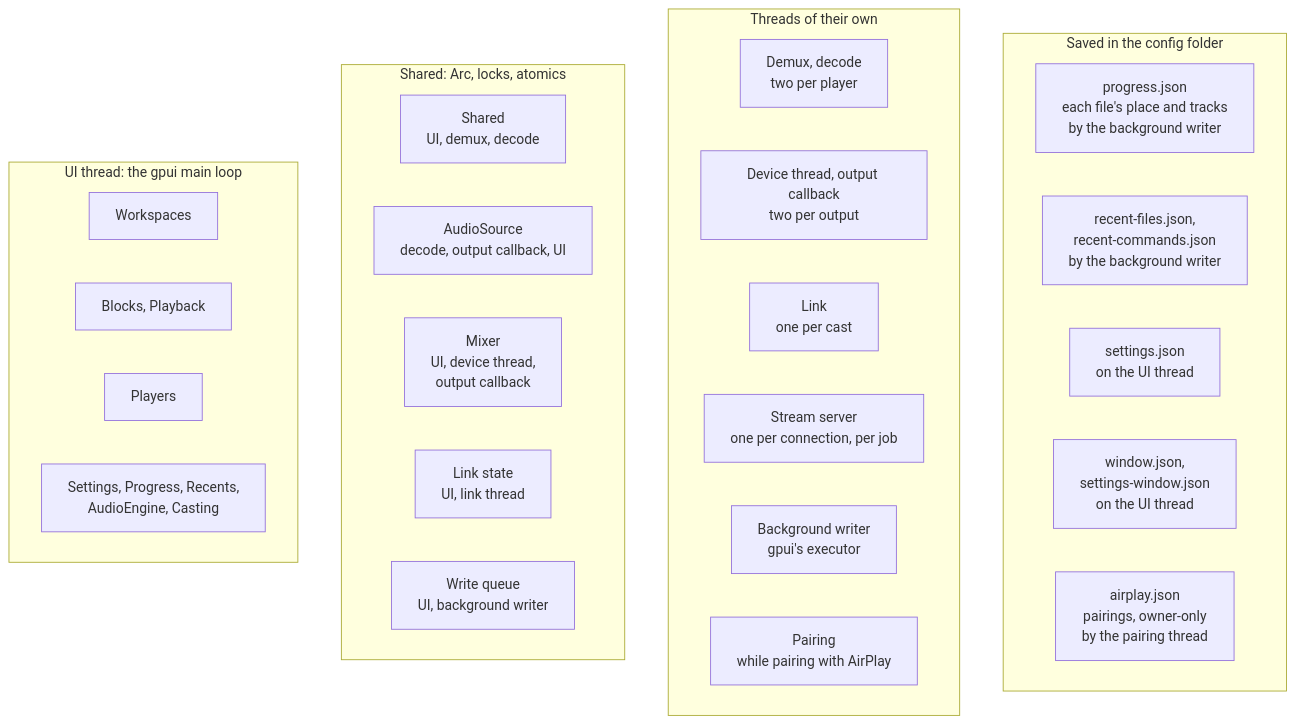
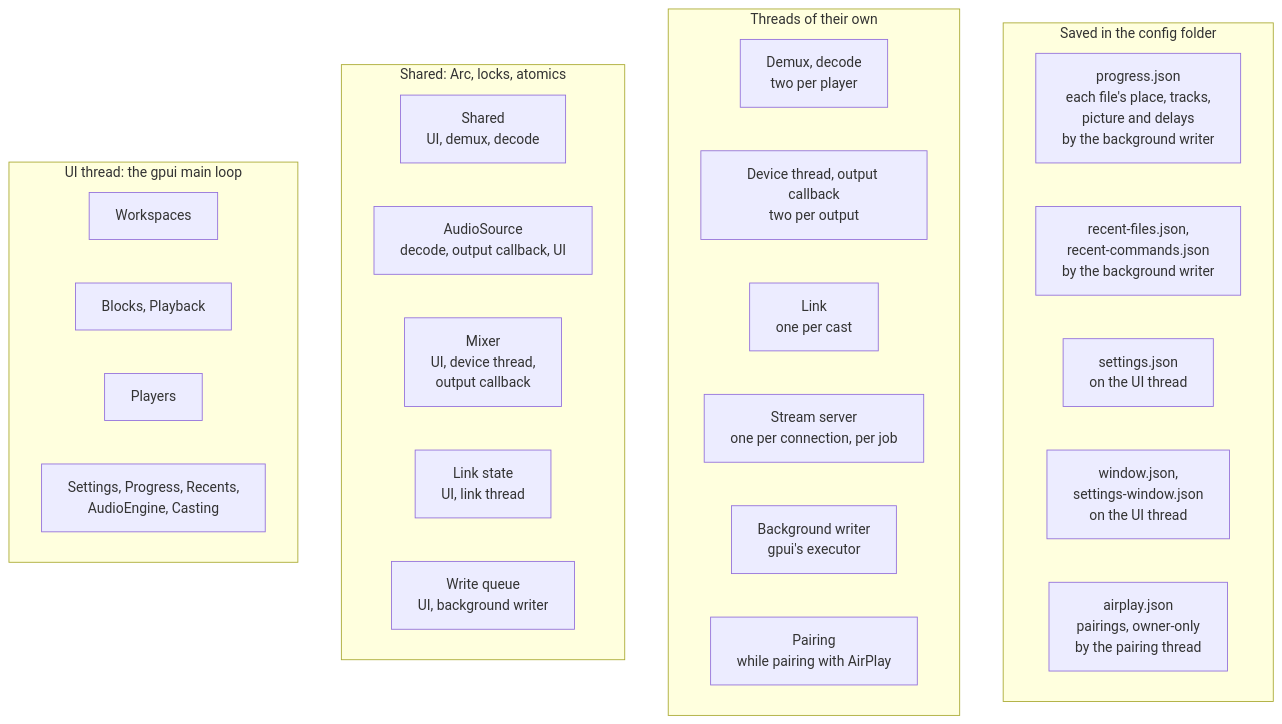
Before and after one commit to velocityzen/Plays: the sixth of 10 diagrams in ARCHITECTURE.md, drawn with Mermaid. The commit also changed other lines of this file and 9 other files, not shown here.

Commit message:
A file opened again is turned, mirrored, at the aspect ratio, cropped and delayed as it was left, kept with its place and tracks for 30 days in progress.json (the ratios by their menu names), whether it resumes where it was or starts over, in a block of its own or the same one (MM-504)

````diff
--- a/ARCHITECTURE.md
+++ b/ARCHITECTURE.md
@@ -431,40 +431,40 @@
 ```mermaid
 flowchart LR
     subgraph ui ["UI thread: the gpui main loop"]
         direction LR
         windows["Workspaces"]
         blocks["Blocks, Playback"]
         players["Players"]
         globals["Settings, Progress, Recents,<br/>AudioEngine, Casting"]
     end
 
     subgraph between ["Shared: Arc, locks, atomics"]
         direction LR
         shared["Shared<br/>UI, demux, decode"]
         source["AudioSource<br/>decode, output callback, UI"]
         mixer["Mixer<br/>UI, device thread,<br/>output callback"]
         linkstate["Link state<br/>UI, link thread"]
         queue["Write queue<br/>UI, background writer"]
     end
 
     subgraph own ["Threads of their own"]
         direction LR
         decoding["Demux, decode<br/>two per player"]
         output["Device thread, output callback<br/>two per output"]
         link["Link<br/>one per cast"]
         server["Stream server<br/>one per connection, per job"]
         writer["Background writer<br/>gpui's executor"]
         pairing["Pairing<br/>while pairing with AirPlay"]
     end
 
     subgraph disk ["Saved in the config folder"]
         direction LR
-        progress["progress.json<br/>each file's place and tracks<br/>by the background writer"]
+        progress["progress.json<br/>each file's place, tracks,<br/>picture and delays<br/>by the background writer"]
         recents["recent-files.json,<br/>recent-commands.json<br/>by the background writer"]
         settings["settings.json<br/>on the UI thread"]
         places["window.json,<br/>settings-window.json<br/>on the UI thread"]
         airplay["airplay.json<br/>pairings, owner-only<br/>by the pairing thread"]
     end
 
     ui ~~~ between ~~~ own ~~~ disk
 ```
````
